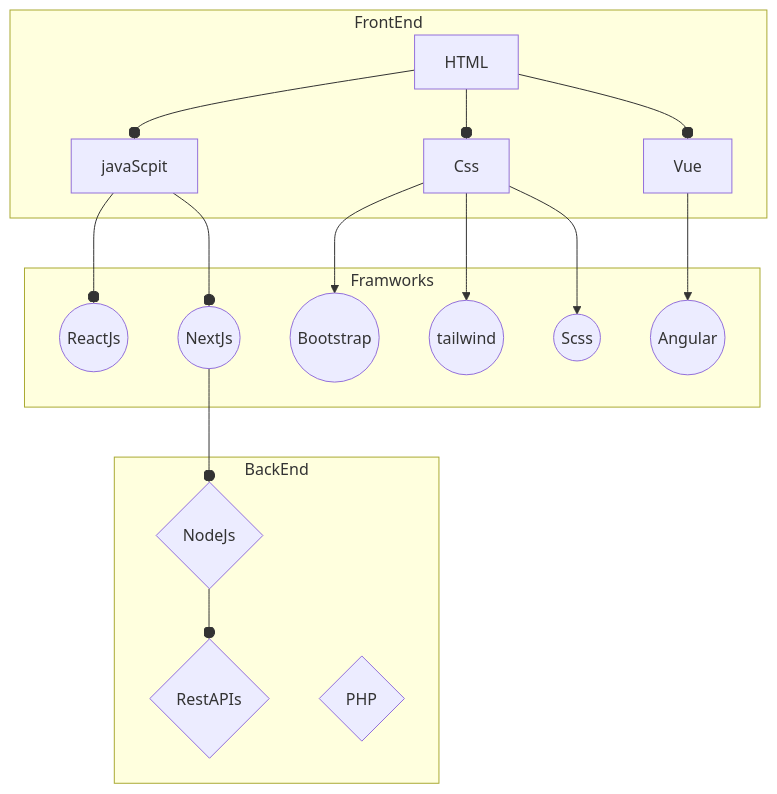
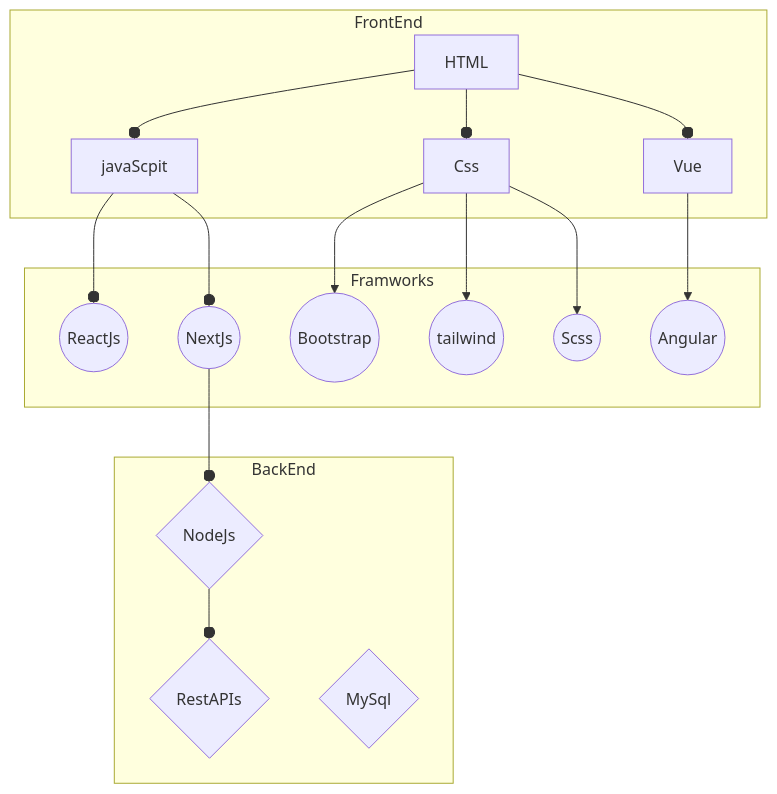
One commit to FelixAshong/FelixAshong changed the diagram in README.md. Above: the diagram before and after it, drawn with Mermaid.

````diff
--- a/README.md
+++ b/README.md
@@ -61,46 +61,46 @@
 ```mermaid
 flowchart 
 f1[HTML]
 f2[Css]
 f3[javaScpit]
 f4[ Vue]
 fw1((ReactJs))
 fw2((NextJs))
 fw3((Bootstrap))
 fw4((tailwind))
 fw5((Scss))
 fw6((Angular))
 b1{NodeJs}
 b2{RestAPIs}
-b3{PHP}
+b3{MySql}
  subgraph  BackEnd
 b1
 b2
 b3
  end  
  subgraph Framworks 
 fw1
 fw2
 fw3
 fw4
 fw5
 fw6
  end
   subgraph  FrontEnd 
  f1
  f2
  f3
  f4
  end  
  f1 --o f2
  f1 --o f3
  f1 --o f4
  f2 --> fw3
  f2 --> fw4
  f2 --> fw5
  f3 --o fw1
  f3 --o fw2
  fw2 --o b1
  f4 --> fw6
  b1 --o b2
  ```
````
